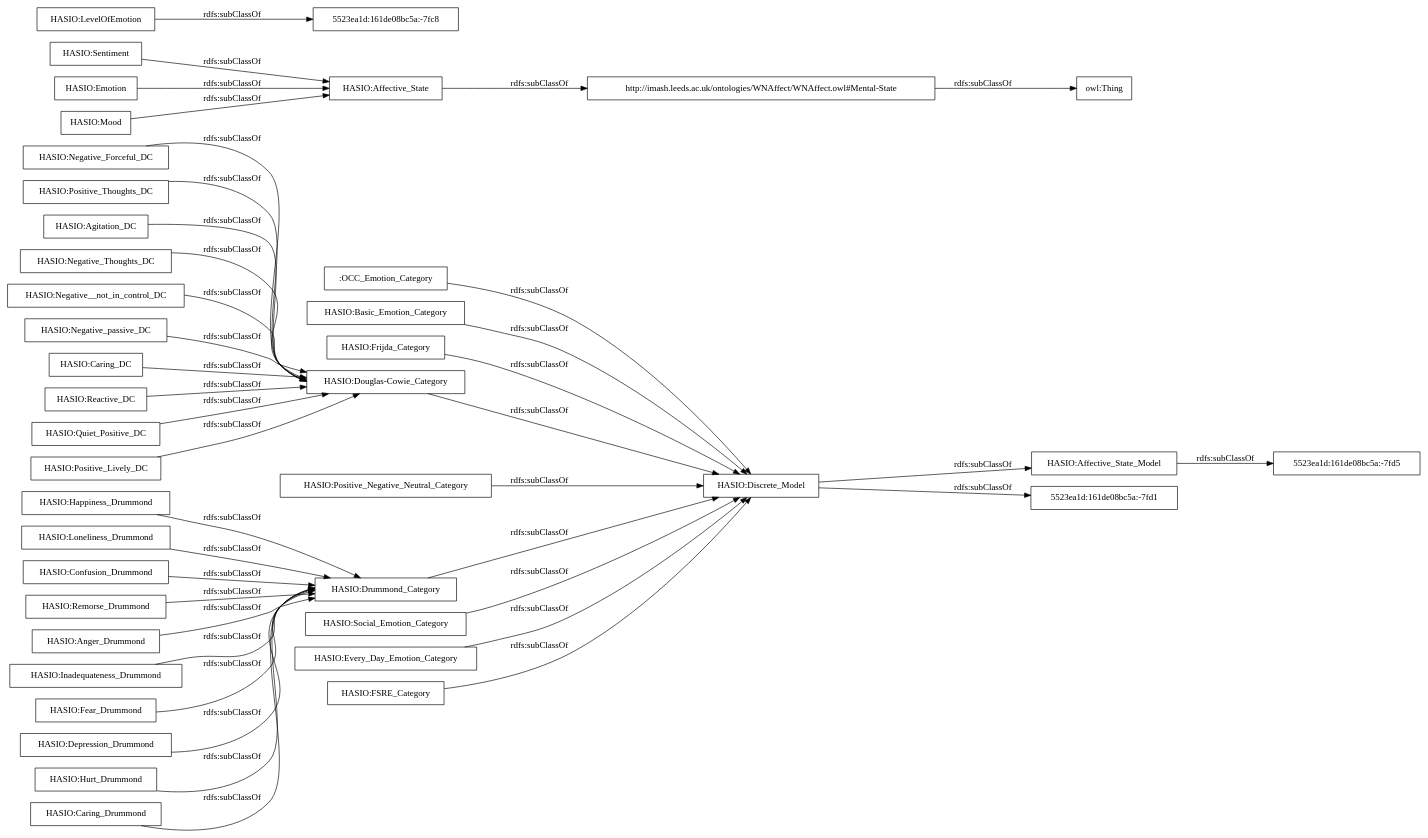
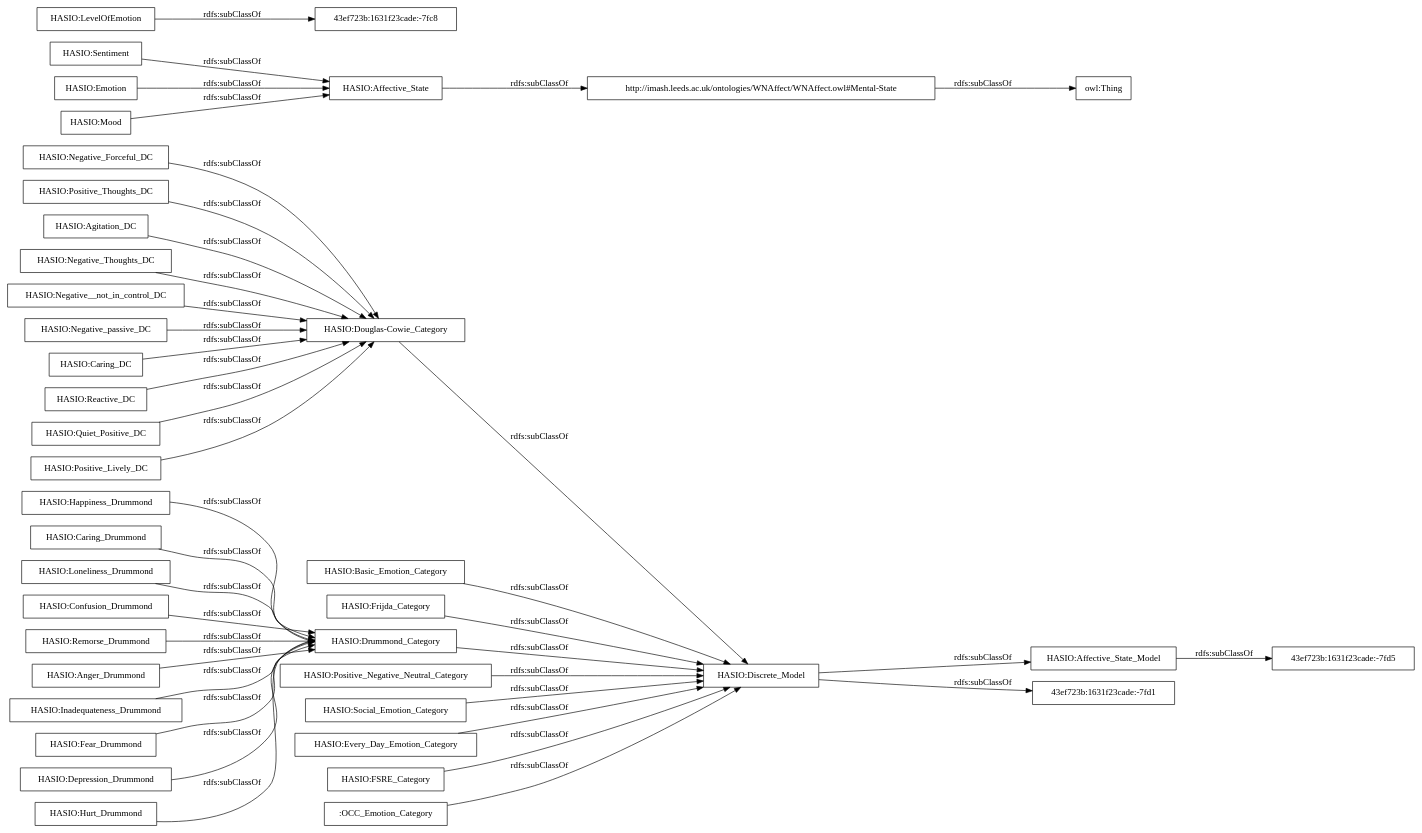
The diagram in OnToology/Affective_States_Discrete_Model_Module.owl/diagrams/ar2dtool-taxonomy/Affective_States_Discrete_Model_Module.owl.png.dot (rana-othman/HASIO-Modularization), drawn with Graphviz before and after one commit. The commit also changed 94 other files, not shown here.

```diff
--- a/OnToology/Affective_States_Discrete_Model_Module.owl/diagrams/ar2dtool-taxonomy/Affective_States_Discrete_Model_Module.owl.png.dot
+++ b/OnToology/Affective_States_Discrete_Model_Module.owl/diagrams/ar2dtool-taxonomy/Affective_States_Discrete_Model_Module.owl.png.dot
@@ -1,44 +1,44 @@
 digraph ar2dtool_diagram { 
 rankdir=LR;
 size="1000"
-node [shape = rectangle, color="black"]; ":OCC_Emotion_Category" "HASIO:Happiness_Drummond" "HASIO:Basic_Emotion_Category" "HASIO:Negative_Forceful_DC" "HASIO:Affective_State_Model" "HASIO:Loneliness_Drummond" "HASIO:Positive_Thoughts_DC" "HASIO:Sentiment" "HASIO:Agitation_DC" "HASIO:Emotion" "HASIO:Affective_State" "HASIO:LevelOfEmotion" "http://imash.leeds.ac.uk/ontologies/WNAffect/WNAffect.owl#Mental-State" "HASIO:Confusion_Drummond" "HASIO:Mood" "HASIO:Frijda_Category" "HASIO:Douglas-Cowie_Category" "HASIO:Remorse_Drummond" "HASIO:Anger_Drummond" "HASIO:Inadequateness_Drummond" "HASIO:Negative_Thoughts_DC" "HASIO:Negative__not_in_control_DC" "HASIO:Fear_Drummond" "HASIO:Positive_Negative_Neutral_Category" "HASIO:Depression_Drummond" "HASIO:Drummond_Category" "HASIO:Hurt_Drummond" "HASIO:Social_Emotion_Category" "HASIO:Negative_passive_DC" "HASIO:Caring_DC" "5523ea1d:161de08bc5a:-7fd1" "HASIO:Caring_Drummond" "HASIO:Reactive_DC" "HASIO:Quiet_Positive_DC" "HASIO:Every_Day_Emotion_Category" "HASIO:Discrete_Model" "HASIO:Positive_Lively_DC" "HASIO:FSRE_Category" "5523ea1d:161de08bc5a:-7fc8" "5523ea1d:161de08bc5a:-7fd5" ; /*classes style*/
+node [shape = rectangle, color="black"]; "HASIO:Happiness_Drummond" "HASIO:Basic_Emotion_Category" "HASIO:Negative_Forceful_DC" "HASIO:Affective_State_Model" "HASIO:Loneliness_Drummond" "HASIO:Positive_Thoughts_DC" "43ef723b:1631f23cade:-7fd5" "HASIO:Sentiment" "HASIO:Agitation_DC" "HASIO:Emotion" "HASIO:Affective_State" "HASIO:LevelOfEmotion" "http://imash.leeds.ac.uk/ontologies/WNAffect/WNAffect.owl#Mental-State" "HASIO:Confusion_Drummond" "HASIO:Mood" "43ef723b:1631f23cade:-7fc8" "HASIO:Frijda_Category" "HASIO:Douglas-Cowie_Category" "HASIO:Remorse_Drummond" "HASIO:Anger_Drummond" "HASIO:Inadequateness_Drummond" "HASIO:Negative_Thoughts_DC" "HASIO:Negative__not_in_control_DC" "HASIO:Fear_Drummond" "HASIO:Positive_Negative_Neutral_Category" "HASIO:Depression_Drummond" "HASIO:Drummond_Category" "HASIO:Hurt_Drummond" "HASIO:Social_Emotion_Category" "HASIO:Negative_passive_DC" "HASIO:Caring_DC" "HASIO:Caring_Drummond" "HASIO:Reactive_DC" "43ef723b:1631f23cade:-7fd1" "HASIO:Quiet_Positive_DC" "HASIO:Every_Day_Emotion_Category" "HASIO:Discrete_Model" "HASIO:Positive_Lively_DC" "HASIO:FSRE_Category" ":OCC_Emotion_Category" ; /*classes style*/
 	"HASIO:Positive_Negative_Neutral_Category" -> "HASIO:Discrete_Model" [ label = "rdfs:subClassOf" ];
 	"HASIO:Loneliness_Drummond" -> "HASIO:Drummond_Category" [ label = "rdfs:subClassOf" ];
 	"HASIO:Anger_Drummond" -> "HASIO:Drummond_Category" [ label = "rdfs:subClassOf" ];
 	"HASIO:Every_Day_Emotion_Category" -> "HASIO:Discrete_Model" [ label = "rdfs:subClassOf" ];
 	"HASIO:Negative__not_in_control_DC" -> "HASIO:Douglas-Cowie_Category" [ label = "rdfs:subClassOf" ];
 	"HASIO:Negative_Forceful_DC" -> "HASIO:Douglas-Cowie_Category" [ label = "rdfs:subClassOf" ];
 	"HASIO:Basic_Emotion_Category" -> "HASIO:Discrete_Model" [ label = "rdfs:subClassOf" ];
 	"HASIO:Emotion" -> "HASIO:Affective_State" [ label = "rdfs:subClassOf" ];
 	"HASIO:Social_Emotion_Category" -> "HASIO:Discrete_Model" [ label = "rdfs:subClassOf" ];
 	"http://imash.leeds.ac.uk/ontologies/WNAffect/WNAffect.owl#Mental-State" -> "owl:Thing" [ label = "rdfs:subClassOf" ];
-	"HASIO:Discrete_Model" -> "5523ea1d:161de08bc5a:-7fd1" [ label = "rdfs:subClassOf" ];
+	"HASIO:Discrete_Model" -> "43ef723b:1631f23cade:-7fd1" [ label = "rdfs:subClassOf" ];
 	"HASIO:Discrete_Model" -> "HASIO:Affective_State_Model" [ label = "rdfs:subClassOf" ];
 	"HASIO:Frijda_Category" -> "HASIO:Discrete_Model" [ label = "rdfs:subClassOf" ];
 	"HASIO:Reactive_DC" -> "HASIO:Douglas-Cowie_Category" [ label = "rdfs:subClassOf" ];
 	"HASIO:Quiet_Positive_DC" -> "HASIO:Douglas-Cowie_Category" [ label = "rdfs:subClassOf" ];
 	"HASIO:Hurt_Drummond" -> "HASIO:Drummond_Category" [ label = "rdfs:subClassOf" ];
 	"HASIO:Depression_Drummond" -> "HASIO:Drummond_Category" [ label = "rdfs:subClassOf" ];
 	"HASIO:Sentiment" -> "HASIO:Affective_State" [ label = "rdfs:subClassOf" ];
 	"HASIO:Inadequateness_Drummond" -> "HASIO:Drummond_Category" [ label = "rdfs:subClassOf" ];
 	"HASIO:Douglas-Cowie_Category" -> "HASIO:Discrete_Model" [ label = "rdfs:subClassOf" ];
 	"HASIO:Caring_DC" -> "HASIO:Douglas-Cowie_Category" [ label = "rdfs:subClassOf" ];
 	"HASIO:Positive_Lively_DC" -> "HASIO:Douglas-Cowie_Category" [ label = "rdfs:subClassOf" ];
 	"HASIO:Affective_State" -> "http://imash.leeds.ac.uk/ontologies/WNAffect/WNAffect.owl#Mental-State" [ label = "rdfs:subClassOf" ];
 	"HASIO:Caring_Drummond" -> "HASIO:Drummond_Category" [ label = "rdfs:subClassOf" ];
 	":OCC_Emotion_Category" -> "HASIO:Discrete_Model" [ label = "rdfs:subClassOf" ];
 	"HASIO:Happiness_Drummond" -> "HASIO:Drummond_Category" [ label = "rdfs:subClassOf" ];
-	"HASIO:LevelOfEmotion" -> "5523ea1d:161de08bc5a:-7fc8" [ label = "rdfs:subClassOf" ];
+	"HASIO:LevelOfEmotion" -> "43ef723b:1631f23cade:-7fc8" [ label = "rdfs:subClassOf" ];
 	"HASIO:Confusion_Drummond" -> "HASIO:Drummond_Category" [ label = "rdfs:subClassOf" ];
-	"HASIO:Affective_State_Model" -> "5523ea1d:161de08bc5a:-7fd5" [ label = "rdfs:subClassOf" ];
+	"HASIO:Affective_State_Model" -> "43ef723b:1631f23cade:-7fd5" [ label = "rdfs:subClassOf" ];
 	"HASIO:Negative_passive_DC" -> "HASIO:Douglas-Cowie_Category" [ label = "rdfs:subClassOf" ];
 	"HASIO:Positive_Thoughts_DC" -> "HASIO:Douglas-Cowie_Category" [ label = "rdfs:subClassOf" ];
 	"HASIO:FSRE_Category" -> "HASIO:Discrete_Model" [ label = "rdfs:subClassOf" ];
 	"HASIO:Fear_Drummond" -> "HASIO:Drummond_Category" [ label = "rdfs:subClassOf" ];
 	"HASIO:Mood" -> "HASIO:Affective_State" [ label = "rdfs:subClassOf" ];
 	"HASIO:Remorse_Drummond" -> "HASIO:Drummond_Category" [ label = "rdfs:subClassOf" ];
 	"HASIO:Agitation_DC" -> "HASIO:Douglas-Cowie_Category" [ label = "rdfs:subClassOf" ];
 	"HASIO:Drummond_Category" -> "HASIO:Discrete_Model" [ label = "rdfs:subClassOf" ];
 	"HASIO:Negative_Thoughts_DC" -> "HASIO:Douglas-Cowie_Category" [ label = "rdfs:subClassOf" ];
 
 }
```
